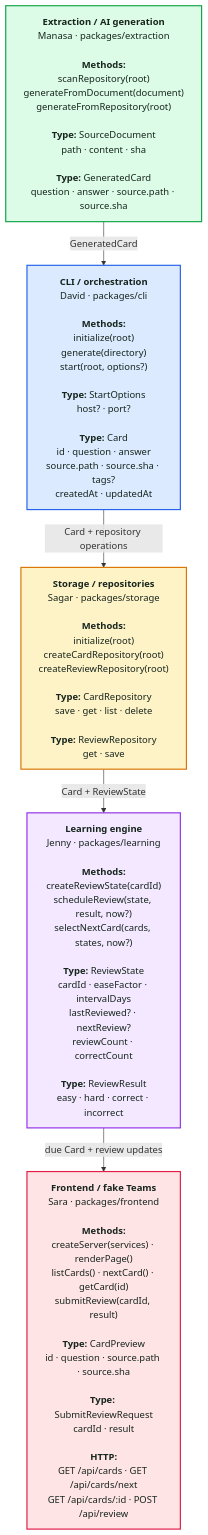
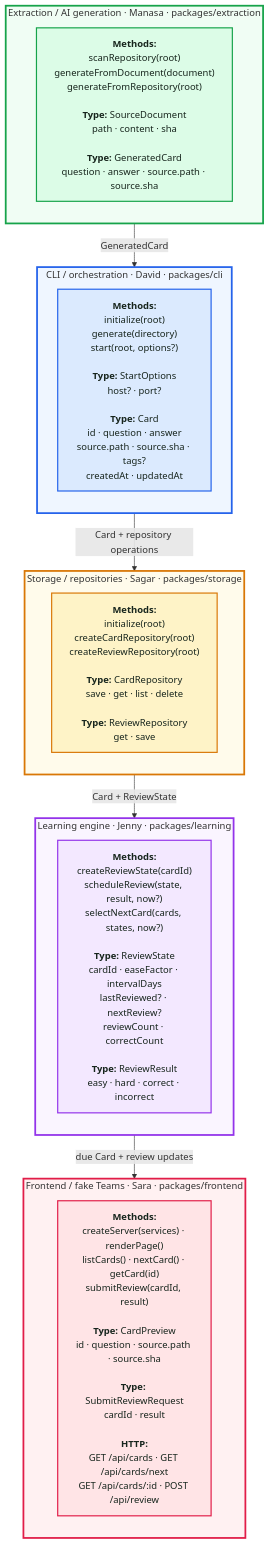
Before and after one commit to flashlearn-ai/flashlearn: the diagram in README.md, drawn with Mermaid. The commit also changed other lines of this file and 1 other file, not shown here.

Commit message:
Align package colors across documentation

````diff
--- a/README.md
+++ b/README.md
@@ -87,28 +87,48 @@
 ```mermaid
 flowchart TD
-  Extraction["<b>Extraction / AI generation</b><br/>Manasa · packages/extraction<br/><br/><b>Methods:</b><br/>scanRepository(root)<br/>generateFromDocument(document)<br/>generateFromRepository(root)<br/><br/><b>Type:</b> SourceDocument<br/>path · content · sha<br/><br/><b>Type:</b> GeneratedCard<br/>question · answer · source.path · source.sha"]
+  subgraph ExtractionRegion["Extraction / AI generation · Manasa · packages/extraction"]
+    direction TB
+    Extraction["<b>Methods:</b><br/>scanRepository(root)<br/>generateFromDocument(document)<br/>generateFromRepository(root)<br/><br/><b>Type:</b> SourceDocument<br/>path · content · sha<br/><br/><b>Type:</b> GeneratedCard<br/>question · answer · source.path · source.sha"]
+  end
 
-  CLI["<b>CLI / orchestration</b><br/>David · packages/cli<br/><br/><b>Methods:</b><br/>initialize(root)<br/>generate(directory)<br/>start(root, options?)<br/><br/><b>Type:</b> StartOptions<br/>host? · port?<br/><br/><b>Type:</b> Card<br/>id · question · answer<br/>source.path · source.sha · tags?<br/>createdAt · updatedAt"]
+  subgraph CLIRegion["CLI / orchestration · David · packages/cli"]
+    direction TB
+    CLI["<b>Methods:</b><br/>initialize(root)<br/>generate(directory)<br/>start(root, options?)<br/><br/><b>Type:</b> StartOptions<br/>host? · port?<br/><br/><b>Type:</b> Card<br/>id · question · answer<br/>source.path · source.sha · tags?<br/>createdAt · updatedAt"]
+  end
 
-  Storage["<b>Storage / repositories</b><br/>Sagar · packages/storage<br/><br/><b>Methods:</b><br/>initialize(root)<br/>createCardRepository(root)<br/>createReviewRepository(root)<br/><br/><b>Type:</b> CardRepository<br/>save · get · list · delete<br/><br/><b>Type:</b> ReviewRepository<br/>get · save"]
+  subgraph StorageRegion["Storage / repositories · Sagar · packages/storage"]
+    direction TB
+    Storage["<b>Methods:</b><br/>initialize(root)<br/>createCardRepository(root)<br/>createReviewRepository(root)<br/><br/><b>Type:</b> CardRepository<br/>save · get · list · delete<br/><br/><b>Type:</b> ReviewRepository<br/>get · save"]
+  end
 
-  Learning["<b>Learning engine</b><br/>Jenny · packages/learning<br/><br/><b>Methods:</b><br/>createReviewState(cardId)<br/>scheduleReview(state, result, now?)<br/>selectNextCard(cards, states, now?)<br/><br/><b>Type:</b> ReviewState<br/>cardId · easeFactor · intervalDays<br/>lastReviewed? · nextReview?<br/>reviewCount · correctCount<br/><br/><b>Type:</b> ReviewResult<br/>easy · hard · correct · incorrect"]
+  subgraph LearningRegion["Learning engine · Jenny · packages/learning"]
+    direction TB
+    Learning["<b>Methods:</b><br/>createReviewState(cardId)<br/>scheduleReview(state, result, now?)<br/>selectNextCard(cards, states, now?)<br/><br/><b>Type:</b> ReviewState<br/>cardId · easeFactor · intervalDays<br/>lastReviewed? · nextReview?<br/>reviewCount · correctCount<br/><br/><b>Type:</b> ReviewResult<br/>easy · hard · correct · incorrect"]
+  end
 
-  Frontend["<b>Frontend / fake Teams</b><br/>Sara · packages/frontend<br/><br/><b>Methods:</b><br/>createServer(services) · renderPage()<br/>listCards() · nextCard() · getCard(id)<br/>submitReview(cardId, result)<br/><br/><b>Type:</b> CardPreview<br/>id · question · source.path · source.sha<br/><br/><b>Type:</b> SubmitReviewRequest<br/>cardId · result<br/><br/><b>HTTP:</b><br/>GET /api/cards · GET /api/cards/next<br/>GET /api/cards/:id · POST /api/review"]
+  subgraph FrontendRegion["Frontend / fake Teams · Sara · packages/frontend"]
+    direction TB
+    Frontend["<b>Methods:</b><br/>createServer(services) · renderPage()<br/>listCards() · nextCard() · getCard(id)<br/>submitReview(cardId, result)<br/><br/><b>Type:</b> CardPreview<br/>id · question · source.path · source.sha<br/><br/><b>Type:</b> SubmitReviewRequest<br/>cardId · result<br/><br/><b>HTTP:</b><br/>GET /api/cards · GET /api/cards/next<br/>GET /api/cards/:id · POST /api/review"]
+  end
 
   Extraction -->|GeneratedCard| CLI
   CLI -->|Card + repository operations| Storage
   Storage -->|Card + ReviewState| Learning
   Learning -->|due Card + review updates| Frontend
 
   classDef cli fill:#dbeafe,color:#17251d,stroke:#2563eb,stroke-width:2px;
   classDef extraction fill:#dcfce7,color:#17251d,stroke:#16a34a,stroke-width:2px;
   classDef storage fill:#fef3c7,color:#17251d,stroke:#d97706,stroke-width:2px;
   classDef learning fill:#f3e8ff,color:#17251d,stroke:#9333ea,stroke-width:2px;
   classDef frontend fill:#ffe4e6,color:#17251d,stroke:#e11d48,stroke-width:2px;
   class CLI cli;
   class Extraction extraction;
   class Storage storage;
   class Learning learning;
   class Frontend frontend;
+  style ExtractionRegion fill:#f0fdf4,stroke:#16a34a,stroke-width:3px
+  style CLIRegion fill:#eff6ff,stroke:#2563eb,stroke-width:3px
+  style StorageRegion fill:#fffbeb,stroke:#d97706,stroke-width:3px
+  style LearningRegion fill:#faf5ff,stroke:#9333ea,stroke-width:3px
+  style FrontendRegion fill:#fff1f2,stroke:#e11d48,stroke-width:3px
 ```
````
